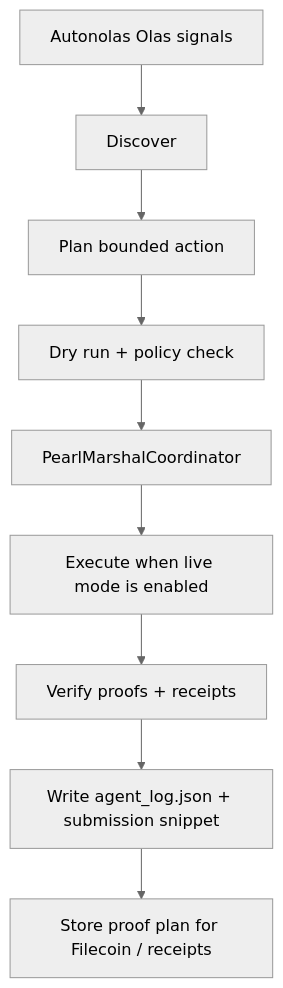
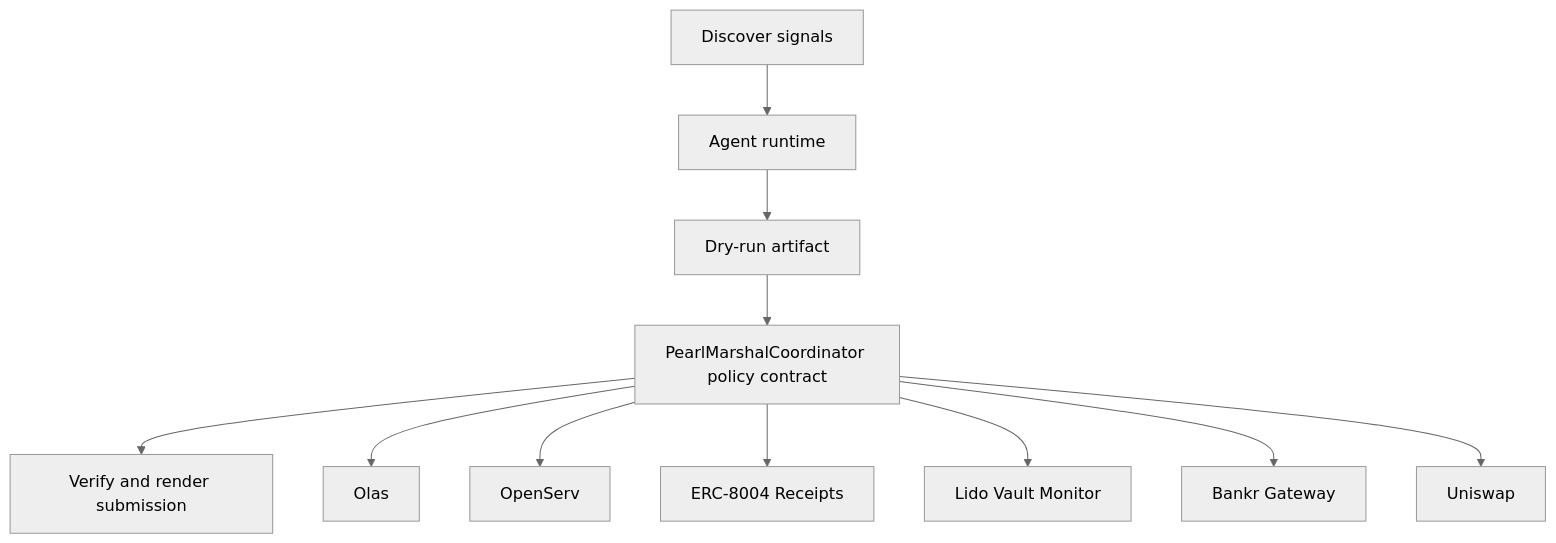
One commit to CrystallineButterfly/Synthesis-Olas changed the diagram in docs/architecture.mmd. Above: the diagram before and after it, drawn with Mermaid (neutral theme). The commit also changed 998 other files, not shown here.

Commit message:
Implement bounded agent runtime

```diff
--- a/docs/architecture.mmd
+++ b/docs/architecture.mmd
@@ -1,9 +1,13 @@
 flowchart TD
-    Signals[Autonolas Olas signals] --> Discover[Discover]
-    Discover --> Plan[Plan bounded action]
-    Plan --> DryRun[Dry run + policy check]
-    DryRun --> Guard[PearlMarshalCoordinator]
-    Guard --> Execute[Execute when live mode is enabled]
-    Execute --> Verify[Verify proofs + receipts]
-    Verify --> Persist[Write agent_log.json + submission snippet]
-    Persist --> Storage[Store proof plan for Filecoin / receipts]
+    Signals[Discover signals]
+    Planner[Agent runtime]
+    DryRun[Dry-run artifact]
+    Contract[PearlMarshalCoordinator policy contract]
+    Verify[Verify and render submission]
+    Signals --> Planner --> DryRun --> Contract --> Verify
+    Contract --> olas[Olas]
+    Contract --> openserv[OpenServ]
+    Contract --> erc_8004_receipts[ERC-8004 Receipts]
+    Contract --> lido_vault_monitor[Lido Vault Monitor]
+    Contract --> bankr_gateway[Bankr Gateway]
+    Contract --> uniswap[Uniswap]
```
